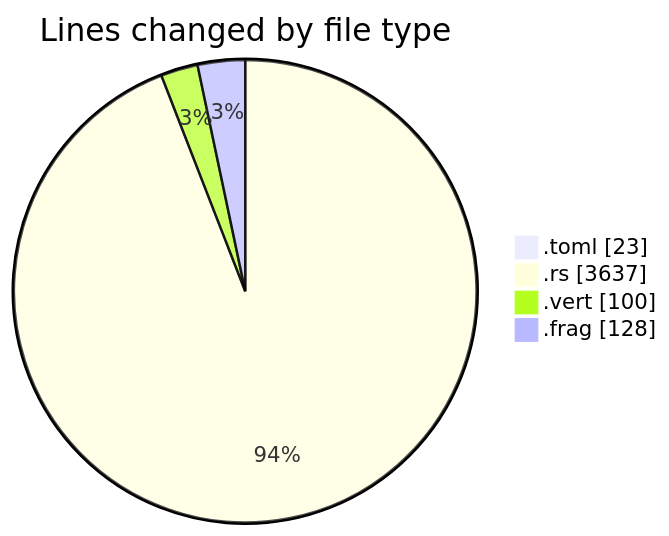
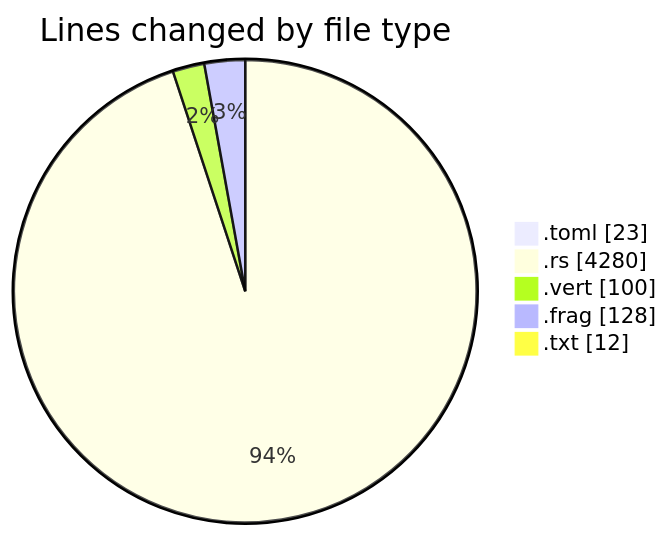
One commit to ernivani/code-tracking changed the first of 2 diagrams in 2025-01-02/3drust/README.md. Above: the diagram before and after it, drawn with Mermaid. The commit also changed other lines of this file and 2 other files, not shown here.

````diff
--- a/2025-01-02/3drust/README.md
+++ b/2025-01-02/3drust/README.md
@@ -27,8 +28,9 @@
 ```mermaid
 pie showData
 title Lines changed by file type
 ".toml" : 23
-".rs" : 3637
+".rs" : 4280
 ".vert" : 100
 ".frag" : 128
+".txt" : 12
 ```
````
